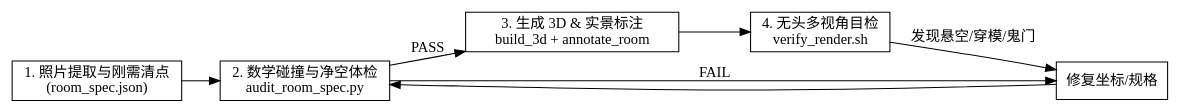
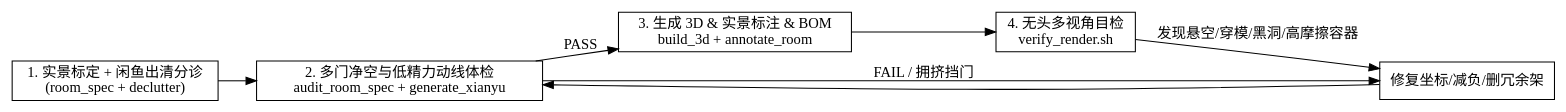
One commit to maomao19950101/room-storage-designer changed the diagram in SKILL.md. Above: the diagram before and after it, drawn with Graphviz. The commit also changed other lines of this file and 4 other files, not shown here.

````diff
--- a/SKILL.md
+++ b/SKILL.md
@@ -26,18 +27,18 @@
 ```dot
 digraph room_pipeline {
     rankdir=LR;
     node [shape=box];
-    photo [label="1. 照片提取与刚需清点\n(room_spec.json)"];
-    audit [label="2. 数学碰撞与净空体检\naudit_room_spec.py"];
-    build [label="3. 生成 3D & 实景标注\nbuild_3d + annotate_room"];
+    photo [label="1. 实景标定 + 闲鱼出清分诊\n(room_spec + declutter)"];
+    audit [label="2. 多门净空与低精力动线体检\naudit_room_spec + generate_xianyu"];
+    build [label="3. 生成 3D & 实景标注 & BOM\nbuild_3d + annotate_room"];
     verify [label="4. 无头多视角目检\nverify_render.sh"];
-    fix [label="修复坐标/规格"];
+    fix [label="修复坐标/减负/删冗余架"];
 
     photo -> audit;
-    audit -> fix [label="FAIL"];
+    audit -> fix [label="FAIL / 拥挤挡门"];
     fix -> audit;
     audit -> build [label="PASS"];
     build -> verify;
-    verify -> fix [label="发现悬空/穿模/鬼门"];
+    verify -> fix [label="发现悬空/穿模/黑洞/高摩擦容器"];
 }
 ```
````
